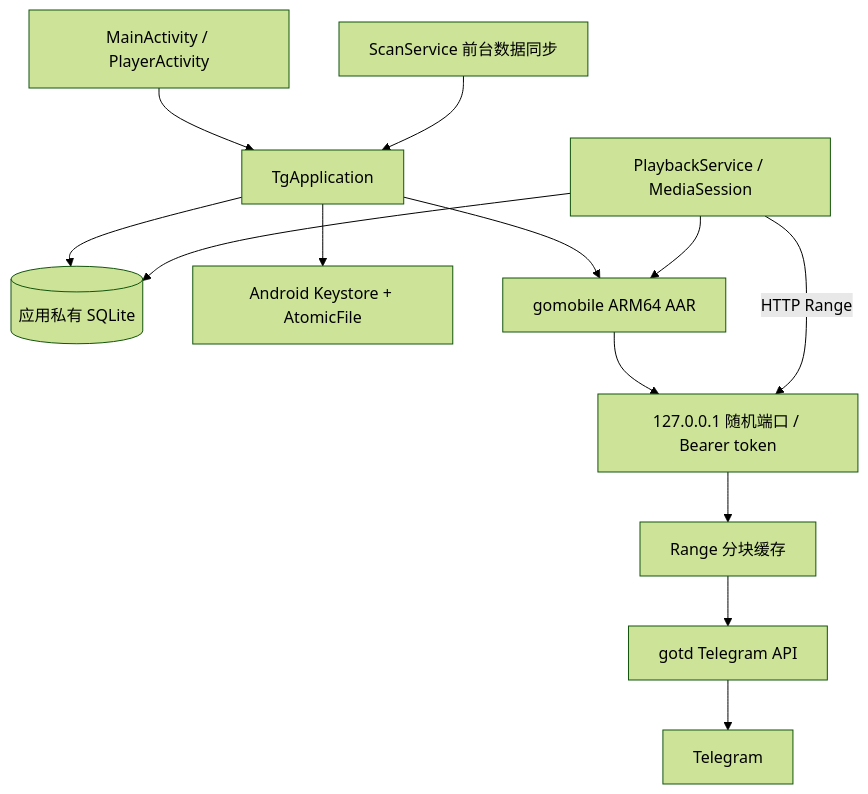
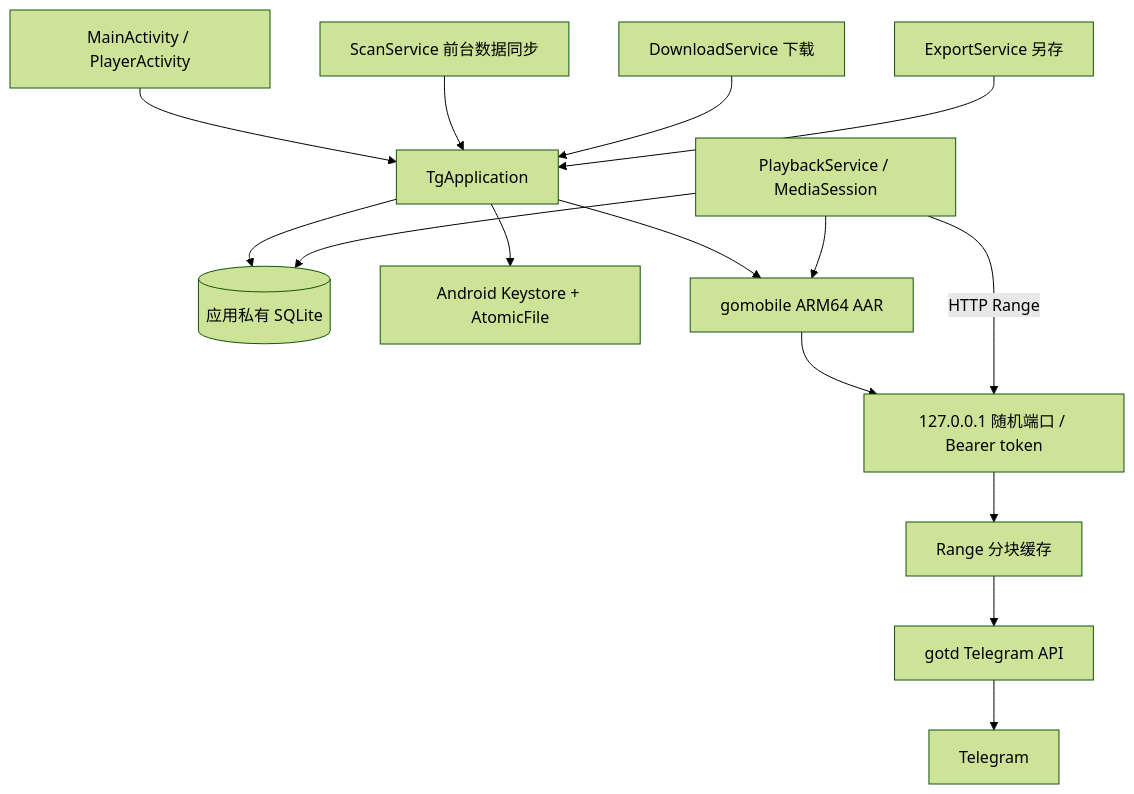
One commit to lonnnnnng/tgproxy changed the diagram in android/TECHNICAL.md. Above: the diagram before and after it, drawn with Mermaid (forest theme). The commit also changed other lines of this file and 58 other files, not shown here.

````diff
--- a/android/TECHNICAL.md
+++ b/android/TECHNICAL.md
@@ -7,15 +7,17 @@
 ```mermaid
 flowchart TD
     UI[MainActivity / PlayerActivity] --> APP[TgApplication]
     APP --> DB[(应用私有 SQLite)]
     APP --> VAULT[Android Keystore + AtomicFile]
     APP --> AAR[gomobile ARM64 AAR]
     SCAN[ScanService 前台数据同步] --> APP
+    DOWNLOAD[DownloadService 下载] --> APP
+    EXPORT[ExportService 另存] --> APP
     PLAYER[PlaybackService / MediaSession] --> DB
     PLAYER --> AAR
     AAR --> HTTP[127.0.0.1 随机端口 / Bearer token]
     PLAYER -->|HTTP Range| HTTP
     HTTP --> CACHE[Range 分块缓存]
     CACHE --> GOTD[gotd Telegram API]
     GOTD --> TG[Telegram]
 ```
````
